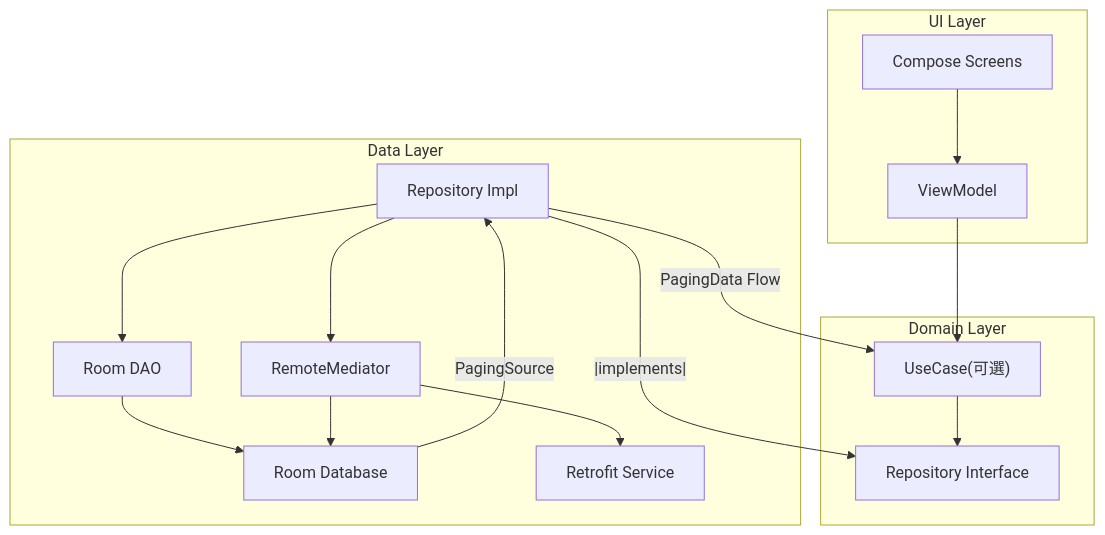
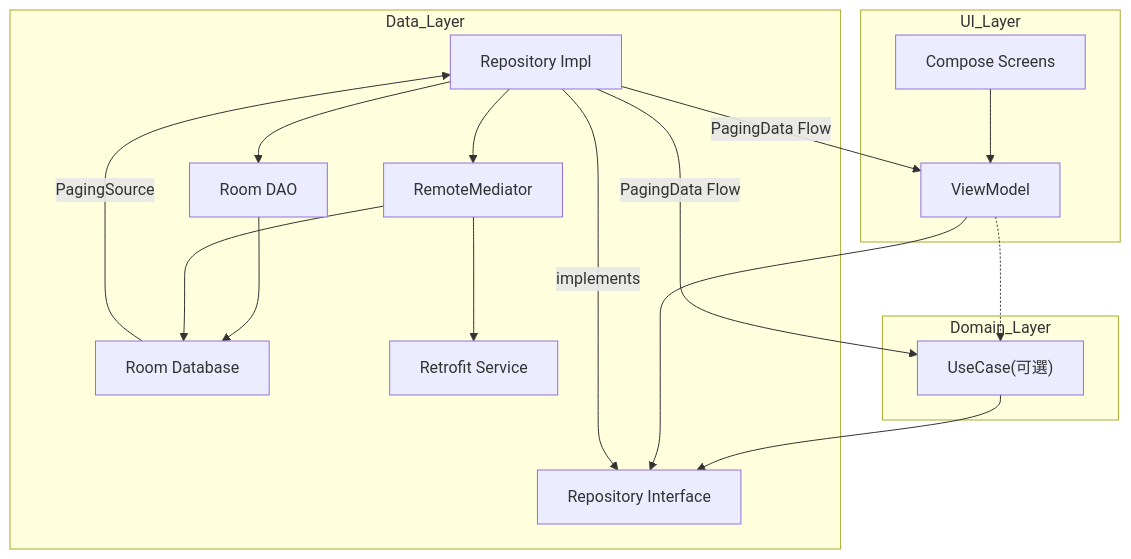
One commit to FisherTai/android-clean-architecture-compose-gallery changed the diagram in README.md. Above: the diagram before and after it, drawn with Mermaid. The commit also changed other lines of this file, not shown here.

Commit message:
chore(doc): 更新README.md

````diff
--- a/README.md
+++ b/README.md
@@ -42,24 +42,27 @@
-```mermaid  
+```mermaid  graph TD  
 graph TD
-    subgraph UI Layer
+    subgraph UI_Layer
         UI[Compose Screens] --> VM[ViewModel]
     end
 
-    subgraph Domain Layer
-        VM --> UC["UseCase(可選)"]
-        UC --> Repo[Repository Interface]
+    subgraph Domain_Layer
+        VM -.-> UC["UseCase(可選)"]
     end
 
-    subgraph Data Layer
-        RepoImpl[Repository Impl] --|implements|--> Repo
+    subgraph Data_Layer
+        UC --> Repo[Repository Interface]
+        VM --> Repo
+
+        RepoImpl[Repository Impl] -->|implements| Repo
         RepoImpl --> Mediator[RemoteMediator]
-        RepoImpl --> DAO[Room DAO] --> DB[Room Database]
-        
+        RepoImpl --> DAO[Room DAO]
+        DAO --> DB[Room Database]
+
         Mediator --> API[Retrofit Service]
-        Mediator --> DB[Room Database]
-
+        Mediator --> DB
     end
 
     DB -- PagingSource --> RepoImpl
     RepoImpl -- PagingData Flow --> UC
+    RepoImpl -- PagingData Flow --> VM
 ```
````
